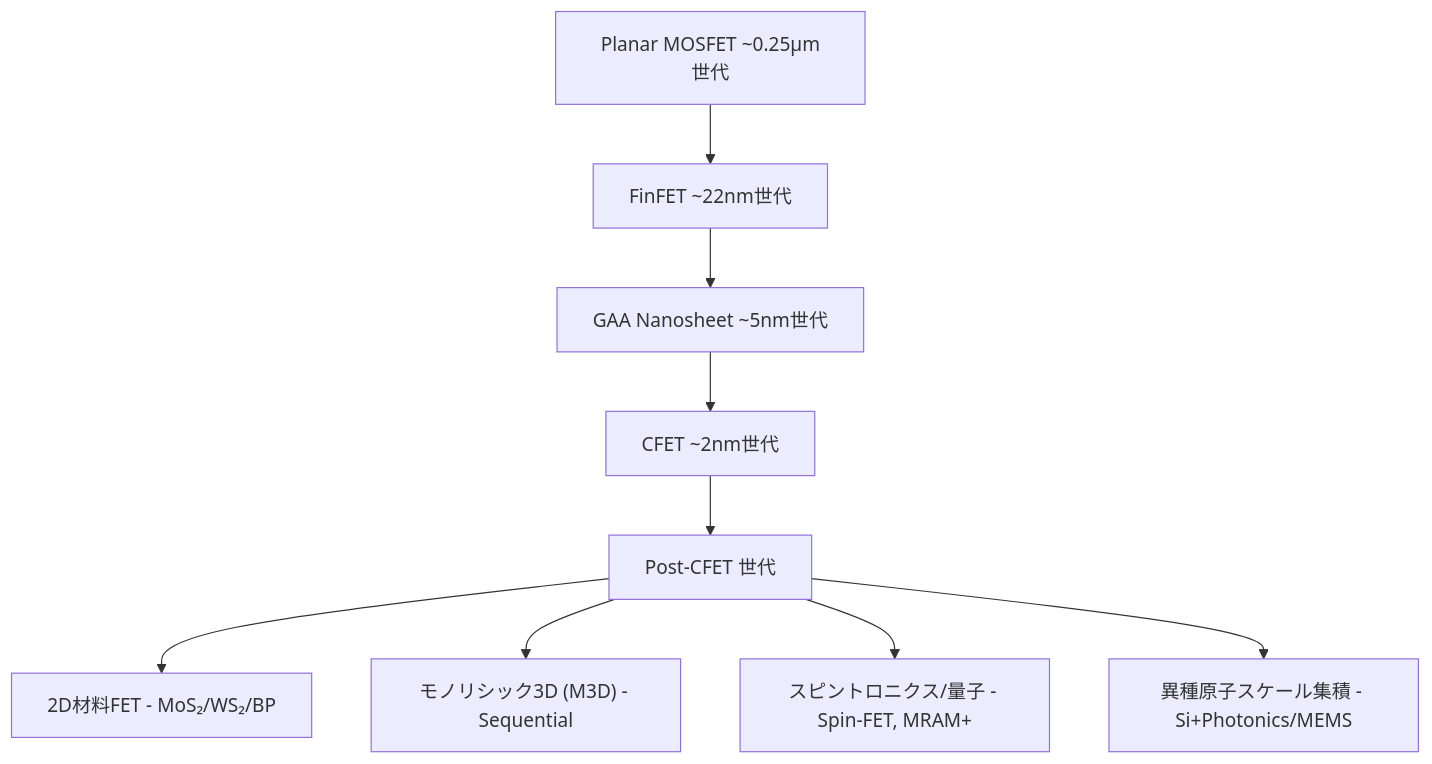
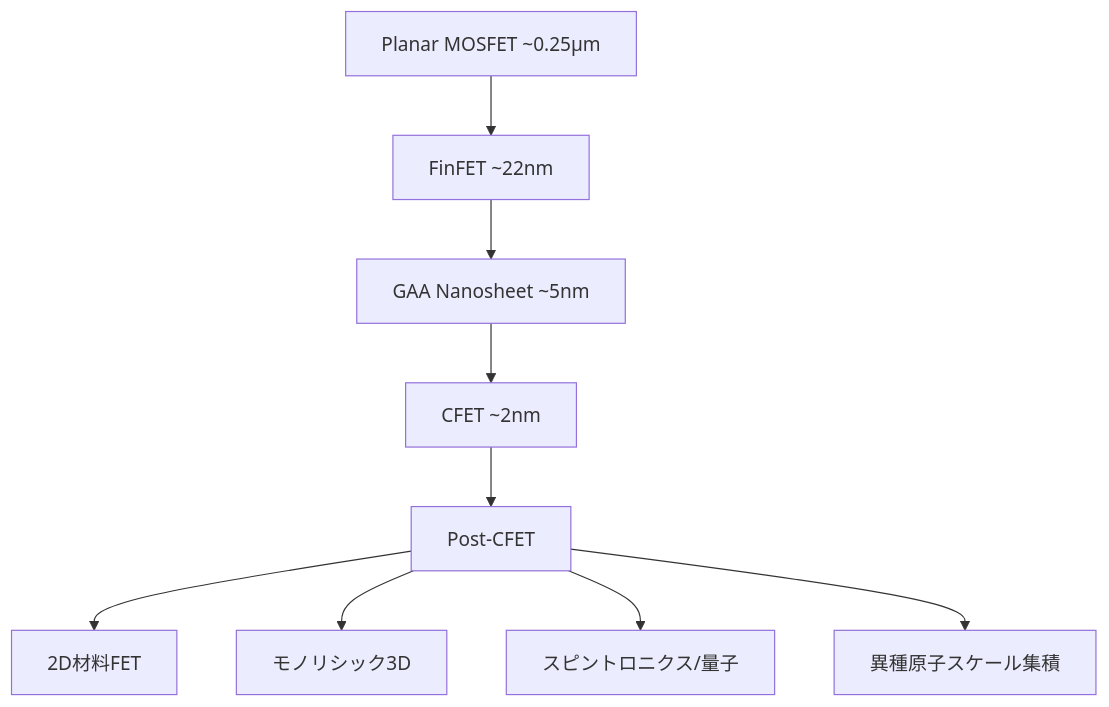
One commit to Samizo-AITL/Edusemi-v4x changed the first of 3 diagrams in f_chapter1_finfet_gaa/post_cfet/draft.md. Above: the diagram before and after it, drawn with Mermaid. The commit also changed other lines of this file, not shown here.

````diff
--- a/f_chapter1_finfet_gaa/post_cfet/draft.md
+++ b/f_chapter1_finfet_gaa/post_cfet/draft.md
@@ -70,11 +17,11 @@
 ```mermaid
 graph TD
-  A["Planar MOSFET ~0.25µm世代"] --> B["FinFET ~22nm世代"]
-  B --> C["GAA Nanosheet ~5nm世代"]
-  C --> D["CFET ~2nm世代"]
-  D --> E["Post-CFET 世代"]
-  E --> E1["2D材料FET - MoS₂/WS₂/BP"]
-  E --> E2["モノリシック3D (M3D) - Sequential"]
-  E --> E3["スピントロニクス/量子 - Spin-FET, MRAM+"]
-  E --> E4["異種原子スケール集積 - Si+Photonics/MEMS"]
+  A["Planar MOSFET ~0.25µm"] --> B["FinFET ~22nm"]
+  B --> C["GAA Nanosheet ~5nm"]
+  C --> D["CFET ~2nm"]
+  D --> E["Post-CFET"]
+  E --> E1["2D材料FET"]
+  E --> E2["モノリシック3D"]
+  E --> E3["スピントロニクス/量子"]
+  E --> E4["異種原子スケール集積"]
 ```
````
